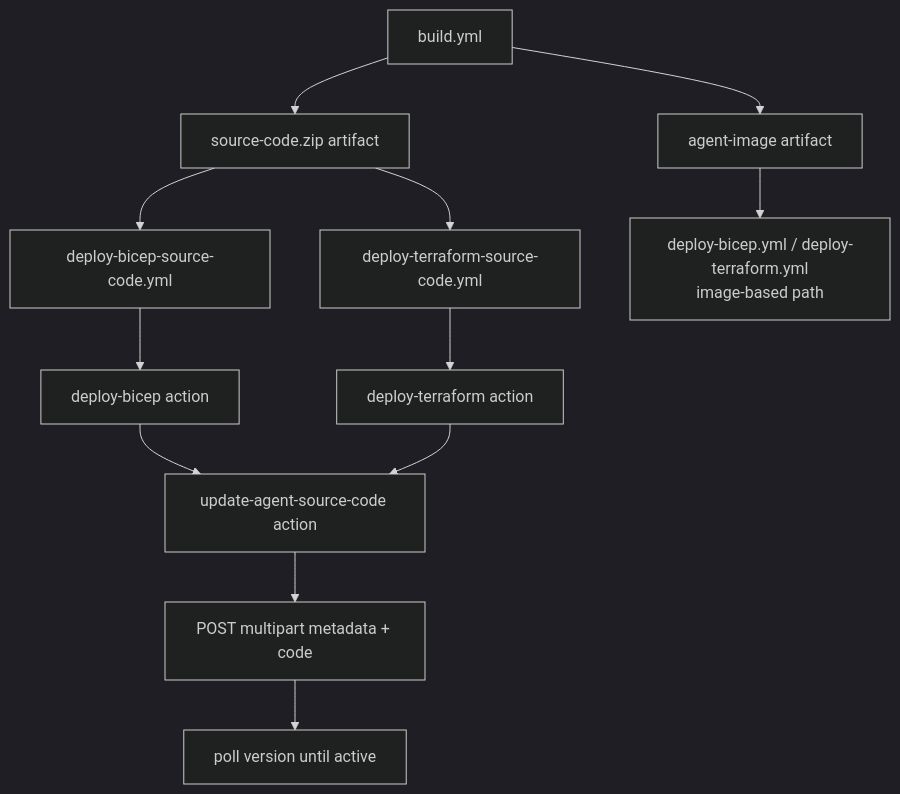
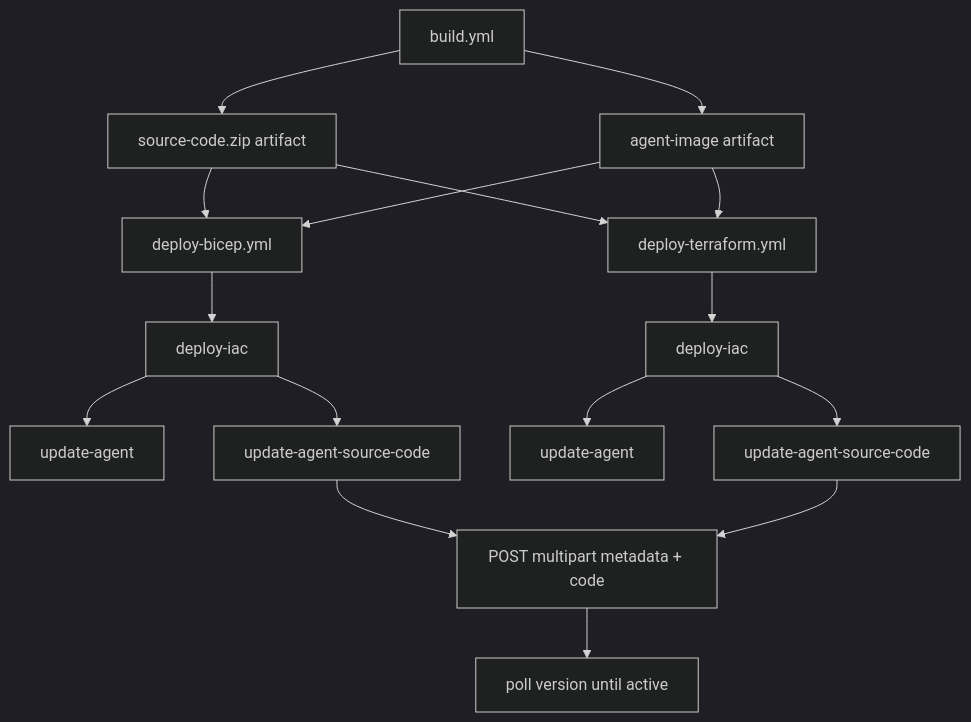
Before and after one commit to JFolberth/simple-hosted-agent-responses: the diagram in docs/deploy-source-code.md, drawn with Mermaid (dark theme). The commit also changed other lines of this file and 3 other files, not shown here.

````diff
--- a/docs/deploy-source-code.md
+++ b/docs/deploy-source-code.md
@@ -103,14 +103,18 @@
 ```mermaid
 flowchart TD
     A[build.yml] --> B[source-code.zip artifact]
     A --> X[agent-image artifact]
-    B --> C[deploy-bicep-source-code.yml]
-    B --> D[deploy-terraform-source-code.yml]
-    X --> Y[deploy-bicep.yml / deploy-terraform.yml<br/>image-based path]
-    C --> E[deploy-bicep action]
-    D --> F[deploy-terraform action]
-    E --> G[update-agent-source-code action]
-    F --> G
-    G --> H[POST multipart metadata + code]
-    H --> I[poll version until active]
+    B --> C[deploy-bicep.yml]
+    B --> D[deploy-terraform.yml]
+    X --> C
+    X --> D
+    C --> E[deploy-iac]
+    D --> F[deploy-iac]
+    E --> G[update-agent]
+    E --> H[update-agent-source-code]
+    F --> I[update-agent]
+    F --> J[update-agent-source-code]
+    H --> K[POST multipart metadata + code]
+    J --> K
+    K --> L[poll version until active]
 ```
````
